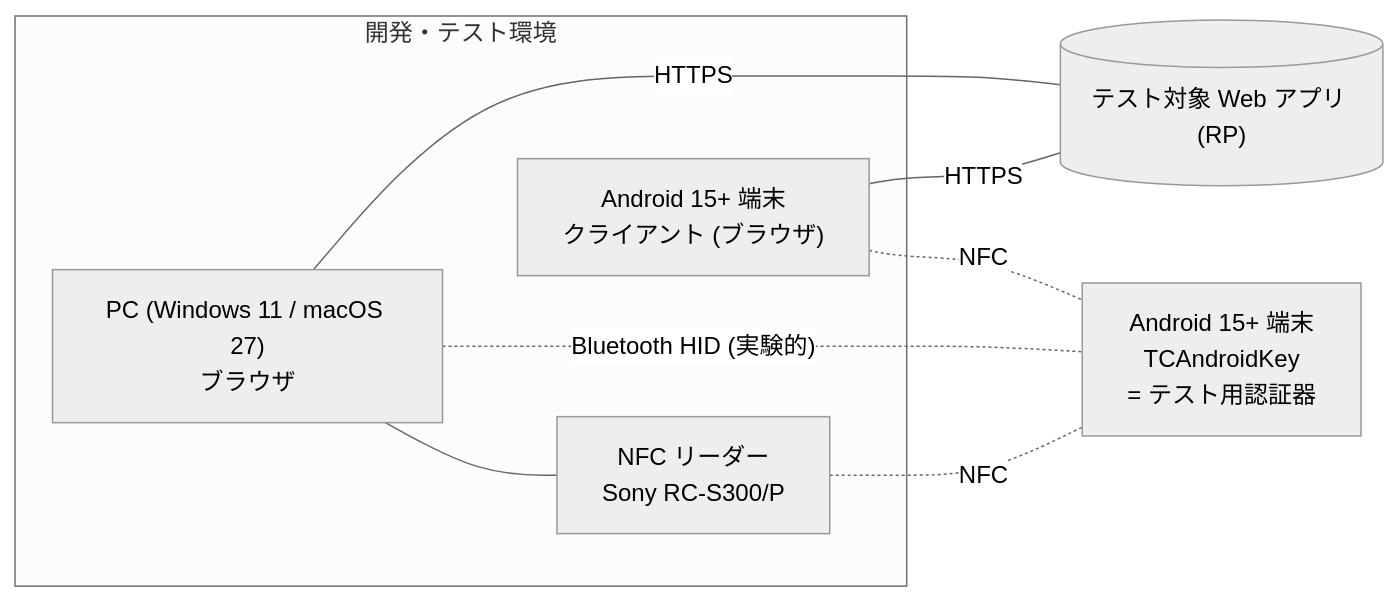
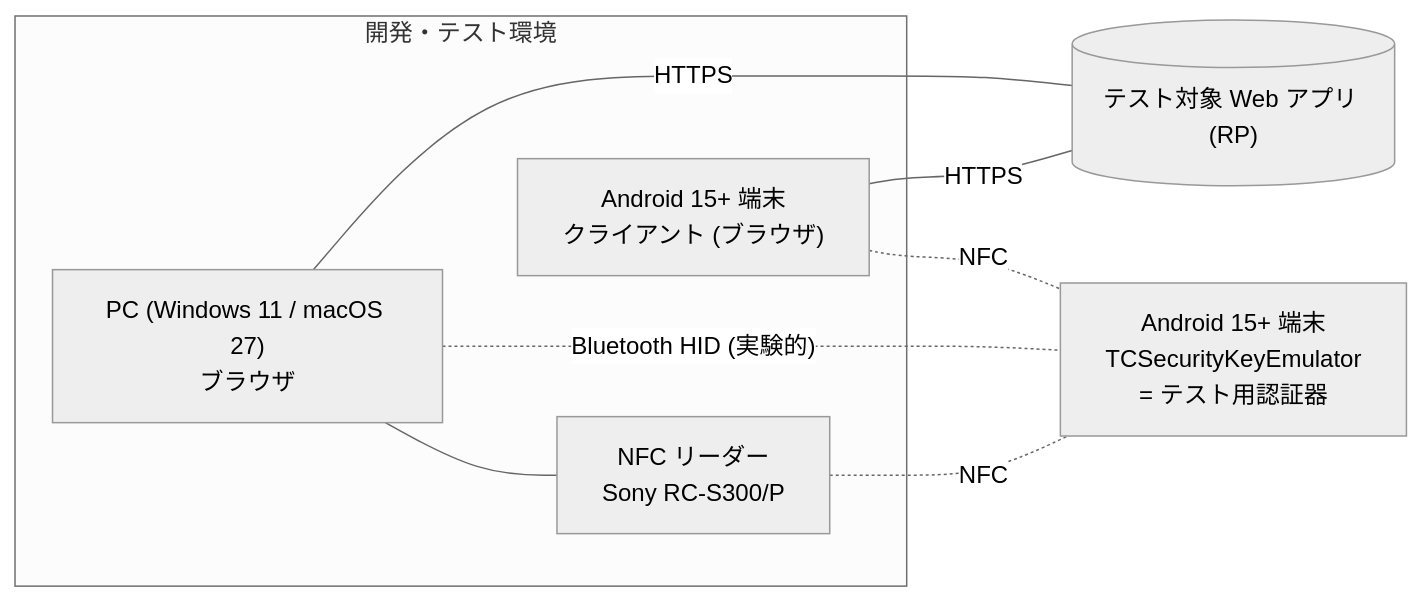
The first of 3 diagrams in docs/design/basic/01_system-overview.md (tecogonaz0439/TCAndroidKey), drawn with Mermaid (neutral theme) before and after one commit. The commit also changed other lines of this file and 50 other files, not shown here.

First line of the commit message:
Rename the app to Security Key Emulator / TCSecurityKeyEmulator

````diff
--- a/docs/design/basic/01_system-overview.md
+++ b/docs/design/basic/01_system-overview.md
@@ -47,17 +47,17 @@
 ```mermaid
 flowchart LR
     subgraph Dev["開発・テスト環境"]
         PC["PC (Windows 11 / macOS 27)<br/>ブラウザ"]
         R["NFC リーダー<br/>Sony RC-S300/P"]
         AC["Android 15+ 端末<br/>クライアント (ブラウザ)"]
     end
-    APP["Android 15+ 端末<br/>TCAndroidKey<br/>= テスト用認証器"]
+    APP["Android 15+ 端末<br/>TCSecurityKeyEmulator<br/>= テスト用認証器"]
     RP[("テスト対象 Web アプリ (RP)")]
 
     PC --- R
     R -. "NFC" .- APP
     AC -. "NFC" .- APP
     PC -. "Bluetooth HID (実験的)" .- APP
     PC -- "HTTPS" --- RP
     AC -- "HTTPS" --- RP
 ```
````
